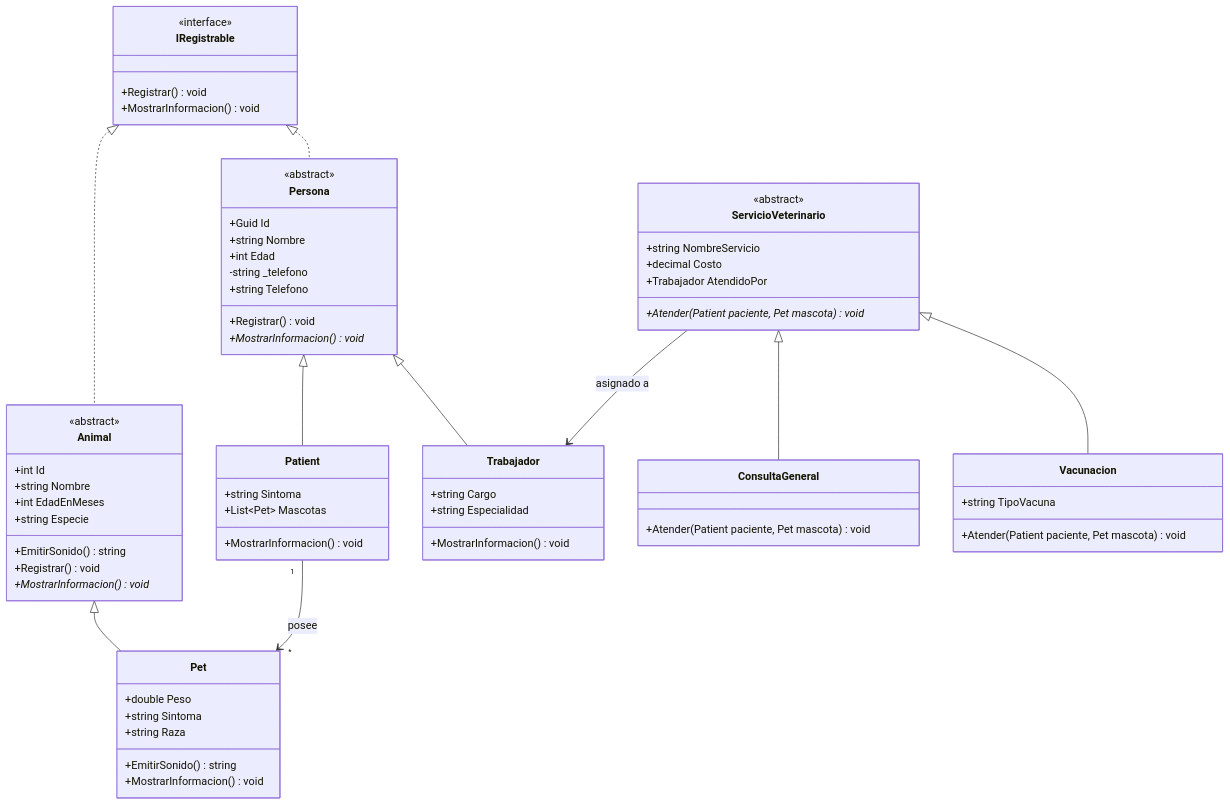
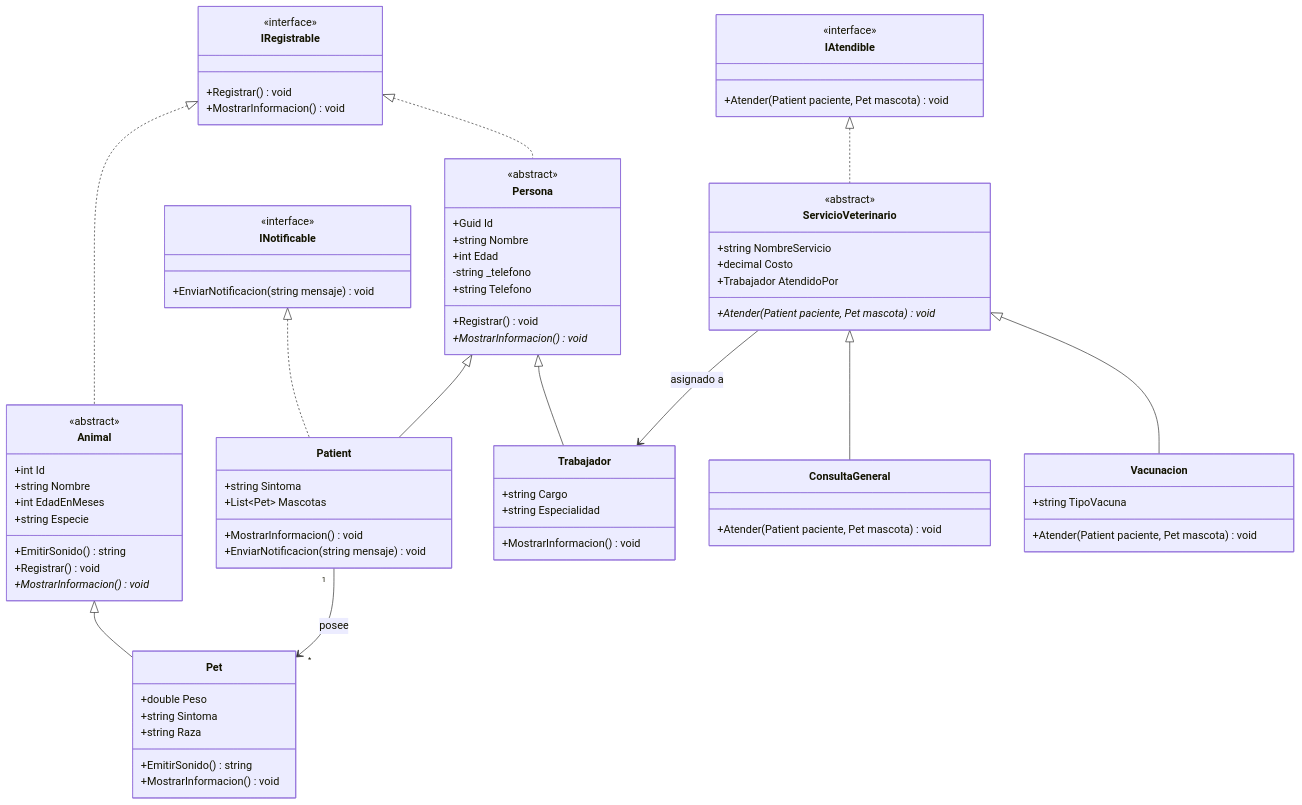
The diagram in README.md (Esthercita-Factory/artyomalvarez-VeterinaryClinicSystem), drawn with Mermaid before and after one commit. The commit also changed 10 other files, not shown here.

```diff
--- a/README.md
+++ b/README.md
@@ -9,6 +9,16 @@
         <<interface>>
         +Registrar() void
         +MostrarInformacion() void
+    }
+
+    class INotificable {
+        <<interface>>
+        +EnviarNotificacion(string mensaje) void
+    }
+
+    class IAtendible {
+        <<interface>>
+        +Atender(Patient paciente, Pet mascota) void
     }
 
     class Persona {
@@ -37,6 +47,7 @@
         +string Sintoma
         +List~Pet~ Mascotas
         +MostrarInformacion() void
+        +EnviarNotificacion(string mensaje) void
     }
 
     class Trabajador {
@@ -72,6 +83,8 @@
 
     IRegistrable <|.. Persona
     IRegistrable <|.. Animal
+    INotificable <|.. Patient
+    IAtendible <|.. ServicioVeterinario
     Persona <|-- Patient
     Persona <|-- Trabajador
     Animal <|-- Pet
```
